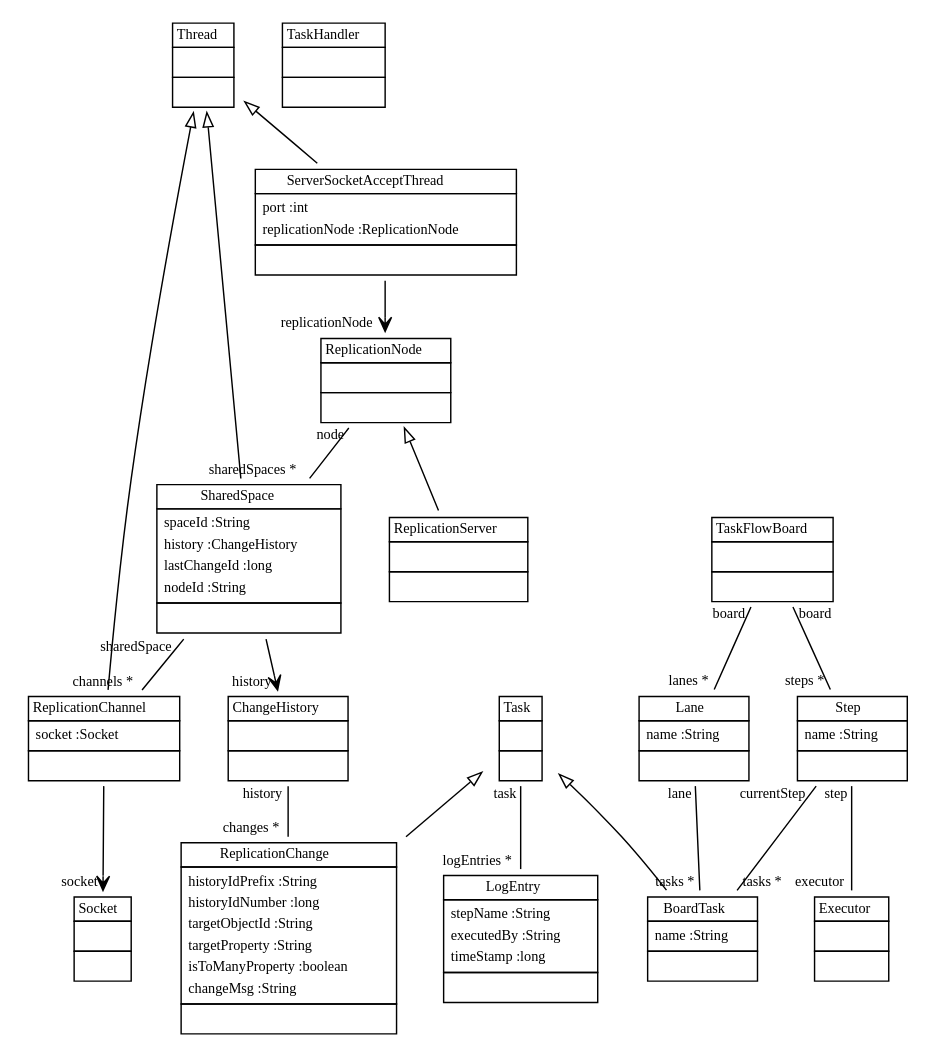
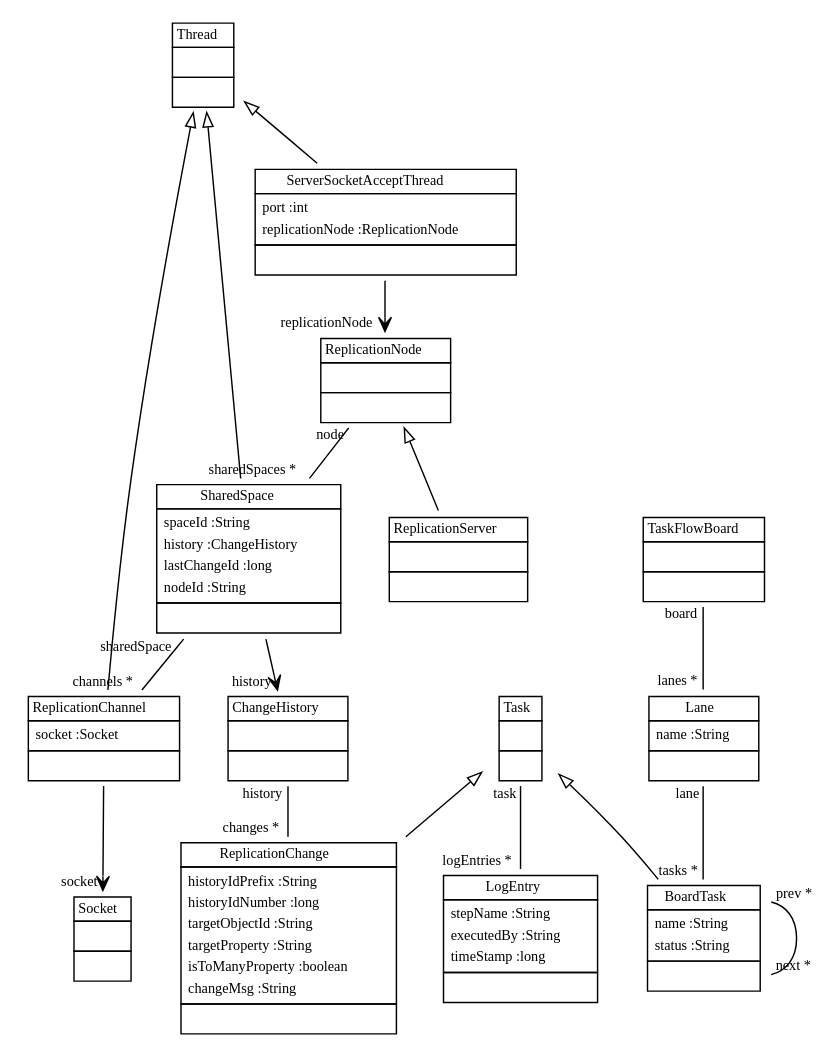
The diagram in doc/ReplicationModel01.dot (fujaba/SDMLib), drawn with Graphviz before and after one commit. The commit also changed 59 other files, not shown here.

```diff
--- a/doc/ReplicationModel01.dot
+++ b/doc/ReplicationModel01.dot
@@ -1,45 +1,40 @@
 
  digraph ClassDiagram {
     node [shape = none, fontsize = 10]; 
     edge [fontsize = 10];
     
     
     _Thread [label=<<table border='0' cellborder='1' cellspacing='0'> <tr> <td HREF="../src/java/lang/Thread.java">Thread</td> </tr> <tr><td><table border='0' cellborder='0' cellspacing='0'> <tr><td> </td></tr> </table></td></tr> <tr><td><table border='0' cellborder='0' cellspacing='0'> <tr><td> </td></tr> </table></td></tr> </table>>];
     _Socket [label=<<table border='0' cellborder='1' cellspacing='0'> <tr> <td HREF="../src/java/net/Socket.java">Socket</td> </tr> <tr><td><table border='0' cellborder='0' cellspacing='0'> <tr><td> </td></tr> </table></td></tr> <tr><td><table border='0' cellborder='0' cellspacing='0'> <tr><td> </td></tr> </table></td></tr> </table>>];
     _ReplicationNode [label=<<table border='0' cellborder='1' cellspacing='0'> <tr> <td HREF="../src/org/sdmlib/replication/ReplicationNode.java">ReplicationNode</td> </tr> <tr><td><table border='0' cellborder='0' cellspacing='0'> <tr><td> </td></tr> </table></td></tr> <tr><td><table border='0' cellborder='0' cellspacing='0'> <tr><td> </td></tr> </table></td></tr> </table>>];
     _SharedSpace [label=<<table border='0' cellborder='1' cellspacing='0'> <tr> <td HREF="../src/org/sdmlib/replication/SharedSpace.java">SharedSpace</td> </tr> <tr><td><table border='0' cellborder='0' cellspacing='0'> <tr><td align='left'>spaceId :String</td></tr> <tr><td align='left'>history :ChangeHistory</td></tr> <tr><td align='left'>lastChangeId :long</td></tr> <tr><td align='left'>nodeId :String</td></tr>  </table></td></tr> <tr><td><table border='0' cellborder='0' cellspacing='0'> <tr><td> </td></tr> </table></td></tr> </table>>];
     _ReplicationChannel [label=<<table border='0' cellborder='1' cellspacing='0'> <tr> <td HREF="../src/org/sdmlib/replication/ReplicationChannel.java">ReplicationChannel</td> </tr> <tr><td><table border='0' cellborder='0' cellspacing='0'> <tr><td align='left'>socket :Socket</td></tr>  </table></td></tr> <tr><td><table border='0' cellborder='0' cellspacing='0'> <tr><td> </td></tr> </table></td></tr> </table>>];
     _ReplicationServer [label=<<table border='0' cellborder='1' cellspacing='0'> <tr> <td HREF="../src/org/sdmlib/replication/ReplicationServer.java">ReplicationServer</td> </tr> <tr><td><table border='0' cellborder='0' cellspacing='0'> <tr><td> </td></tr> </table></td></tr> <tr><td><table border='0' cellborder='0' cellspacing='0'> <tr><td> </td></tr> </table></td></tr> </table>>];
     _ServerSocketAcceptThread [label=<<table border='0' cellborder='1' cellspacing='0'> <tr> <td HREF="../src/org/sdmlib/replication/ServerSocketAcceptThread.java">ServerSocketAcceptThread</td> </tr> <tr><td><table border='0' cellborder='0' cellspacing='0'> <tr><td align='left'>port :int</td></tr> <tr><td align='left'>replicationNode :ReplicationNode</td></tr>  </table></td></tr> <tr><td><table border='0' cellborder='0' cellspacing='0'> <tr><td> </td></tr> </table></td></tr> </table>>];
     _Task [label=<<table border='0' cellborder='1' cellspacing='0'> <tr> <td HREF="../src/org/sdmlib/replication/Task.java">Task</td> </tr> <tr><td><table border='0' cellborder='0' cellspacing='0'> <tr><td> </td></tr> </table></td></tr> <tr><td><table border='0' cellborder='0' cellspacing='0'> <tr><td> </td></tr> </table></td></tr> </table>>];
     _LogEntry [label=<<table border='0' cellborder='1' cellspacing='0'> <tr> <td HREF="../src/org/sdmlib/replication/LogEntry.java">LogEntry</td> </tr> <tr><td><table border='0' cellborder='0' cellspacing='0'> <tr><td align='left'>stepName :String</td></tr> <tr><td align='left'>executedBy :String</td></tr> <tr><td align='left'>timeStamp :long</td></tr>  </table></td></tr> <tr><td><table border='0' cellborder='0' cellspacing='0'> <tr><td> </td></tr> </table></td></tr> </table>>];
     _ChangeHistory [label=<<table border='0' cellborder='1' cellspacing='0'> <tr> <td HREF="../src/org/sdmlib/replication/ChangeHistory.java">ChangeHistory</td> </tr> <tr><td><table border='0' cellborder='0' cellspacing='0'> <tr><td> </td></tr> </table></td></tr> <tr><td><table border='0' cellborder='0' cellspacing='0'> <tr><td> </td></tr> </table></td></tr> </table>>];
     _ReplicationChange [label=<<table border='0' cellborder='1' cellspacing='0'> <tr> <td HREF="../src/org/sdmlib/replication/ReplicationChange.java">ReplicationChange</td> </tr> <tr><td><table border='0' cellborder='0' cellspacing='0'> <tr><td align='left'>historyIdPrefix :String</td></tr> <tr><td align='left'>historyIdNumber :long</td></tr> <tr><td align='left'>targetObjectId :String</td></tr> <tr><td align='left'>targetProperty :String</td></tr> <tr><td align='left'>isToManyProperty :boolean</td></tr> <tr><td align='left'>changeMsg :String</td></tr>  </table></td></tr> <tr><td><table border='0' cellborder='0' cellspacing='0'> <tr><td> </td></tr> </table></td></tr> </table>>];
     _TaskFlowBoard [label=<<table border='0' cellborder='1' cellspacing='0'> <tr> <td HREF="../src/org/sdmlib/replication/TaskFlowBoard.java">TaskFlowBoard</td> </tr> <tr><td><table border='0' cellborder='0' cellspacing='0'> <tr><td> </td></tr> </table></td></tr> <tr><td><table border='0' cellborder='0' cellspacing='0'> <tr><td> </td></tr> </table></td></tr> </table>>];
     _Lane [label=<<table border='0' cellborder='1' cellspacing='0'> <tr> <td HREF="../src/org/sdmlib/replication/Lane.java">Lane</td> </tr> <tr><td><table border='0' cellborder='0' cellspacing='0'> <tr><td align='left'>name :String</td></tr>  </table></td></tr> <tr><td><table border='0' cellborder='0' cellspacing='0'> <tr><td> </td></tr> </table></td></tr> </table>>];
-    _Step [label=<<table border='0' cellborder='1' cellspacing='0'> <tr> <td HREF="../src/org/sdmlib/replication/Step.java">Step</td> </tr> <tr><td><table border='0' cellborder='0' cellspacing='0'> <tr><td align='left'>name :String</td></tr>  </table></td></tr> <tr><td><table border='0' cellborder='0' cellspacing='0'> <tr><td> </td></tr> </table></td></tr> </table>>];
-    _Executor [label=<<table border='0' cellborder='1' cellspacing='0'> <tr> <td HREF="../src/org/sdmlib/replication/Executor.java">Executor</td> </tr> <tr><td><table border='0' cellborder='0' cellspacing='0'> <tr><td> </td></tr> </table></td></tr> <tr><td><table border='0' cellborder='0' cellspacing='0'> <tr><td> </td></tr> </table></td></tr> </table>>];
-    _BoardTask [label=<<table border='0' cellborder='1' cellspacing='0'> <tr> <td HREF="../src/org/sdmlib/replication/BoardTask.java">BoardTask</td> </tr> <tr><td><table border='0' cellborder='0' cellspacing='0'> <tr><td align='left'>name :String</td></tr>  </table></td></tr> <tr><td><table border='0' cellborder='0' cellspacing='0'> <tr><td> </td></tr> </table></td></tr> </table>>];
-    _TaskHandler [label=<<table border='0' cellborder='1' cellspacing='0'> <tr> <td HREF="../src/org/sdmlib/replication/TaskHandler.java">TaskHandler</td> </tr> <tr><td><table border='0' cellborder='0' cellspacing='0'> <tr><td> </td></tr> </table></td></tr> <tr><td><table border='0' cellborder='0' cellspacing='0'> <tr><td> </td></tr> </table></td></tr> </table>>];
+    _BoardTask [label=<<table border='0' cellborder='1' cellspacing='0'> <tr> <td HREF="../src/org/sdmlib/replication/BoardTask.java">BoardTask</td> </tr> <tr><td><table border='0' cellborder='0' cellspacing='0'> <tr><td align='left'>name :String</td></tr> <tr><td align='left'>status :String</td></tr>  </table></td></tr> <tr><td><table border='0' cellborder='0' cellspacing='0'> <tr><td> </td></tr> </table></td></tr> </table>>];
     
     
     
     _Thread ->  _SharedSpace [dir = "back" arrowtail = "empty"];
     _Thread ->  _ReplicationChannel [dir = "back" arrowtail = "empty"];
     _ReplicationNode ->  _ReplicationServer [dir = "back" arrowtail = "empty"];
     _Thread ->  _ServerSocketAcceptThread [dir = "back" arrowtail = "empty"];
     _Task ->  _ReplicationChange [dir = "back" arrowtail = "empty"];
     _Task ->  _BoardTask [dir = "back" arrowtail = "empty"];
     _ReplicationNode -> _SharedSpace [headlabel = "sharedSpaces *" taillabel = "node" arrowhead = "none" ];
     _SharedSpace -> _ReplicationChannel [headlabel = "channels *" taillabel = "sharedSpace" arrowhead = "none" ];
     _Task -> _LogEntry [headlabel = "logEntries *" taillabel = "task" arrowhead = "none" ];
     _ChangeHistory -> _ReplicationChange [headlabel = "changes *" taillabel = "history" arrowhead = "none" ];
     _TaskFlowBoard -> _Lane [headlabel = "lanes *" taillabel = "board" arrowhead = "none" ];
-    _TaskFlowBoard -> _Step [headlabel = "steps *" taillabel = "board" arrowhead = "none" ];
-    _Step -> _Executor [headlabel = "executor" taillabel = "step" arrowhead = "none" ];
-    _Step -> _BoardTask [headlabel = "tasks *" taillabel = "currentStep" arrowhead = "none" ];
     _Lane -> _BoardTask [headlabel = "tasks *" taillabel = "lane" arrowhead = "none" ];
+    _BoardTask -> _BoardTask [headlabel = "next *" taillabel = "prev *" arrowhead = "none" ];
     _SharedSpace -> _ChangeHistory [headlabel = "history" taillabel = "" arrowhead = "vee" ];
     _ReplicationChannel -> _Socket [headlabel = "socket" taillabel = "" arrowhead = "vee" ];
     _ServerSocketAcceptThread -> _ReplicationNode [headlabel = "replicationNode" taillabel = "" arrowhead = "vee" ];
 }
```
